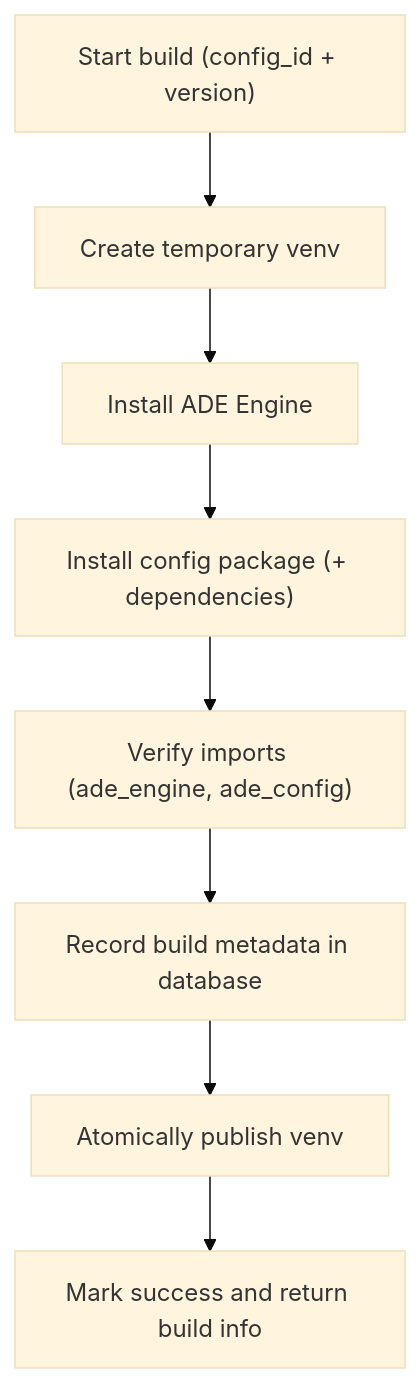
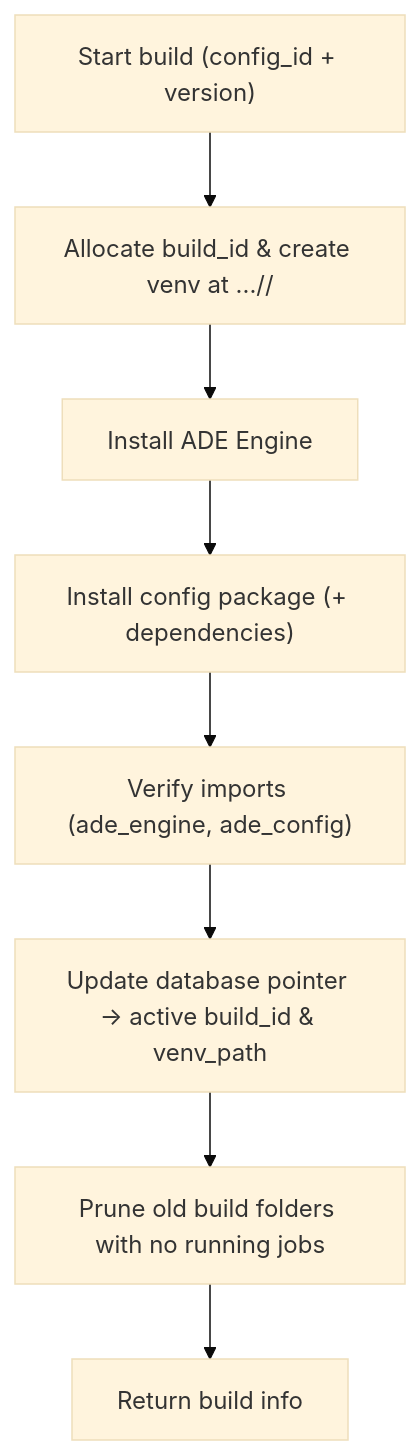
Before and after one commit to clac-ca/automatic-data-extractor: the diagram in docs/developers/02-build-venv.md, drawn with Mermaid (base theme). The commit also changed other lines of this file and 2 other files, not shown here.

Commit message:
Update documentation for virtual environment structure and build process; implement build_id management and database tracking

````diff
--- a/docs/developers/02-build-venv.md
+++ b/docs/developers/02-build-venv.md
@@ -46,10 +46,10 @@
 ```mermaid
 flowchart TD
-  A["Start build (config_id + version)"] --> B["Create temporary venv"]
+  A["Start build (config_id + version)"] --> B["Allocate build_id & create venv at .../<build_id>/"]
   B --> C["Install ADE Engine"]
   C --> D["Install config package (+ dependencies)"]
   D --> E["Verify imports (ade_engine, ade_config)"]
-  E --> F["Record build metadata in database"]
-  F --> G["Atomically publish venv"]
-  G --> H["Mark success and return build info"]
+  E --> F["Update database pointer → active build_id & venv_path"]
+  F --> G["Prune old build folders with no running jobs"]
+  G --> H["Return build info"]
 ```
````
